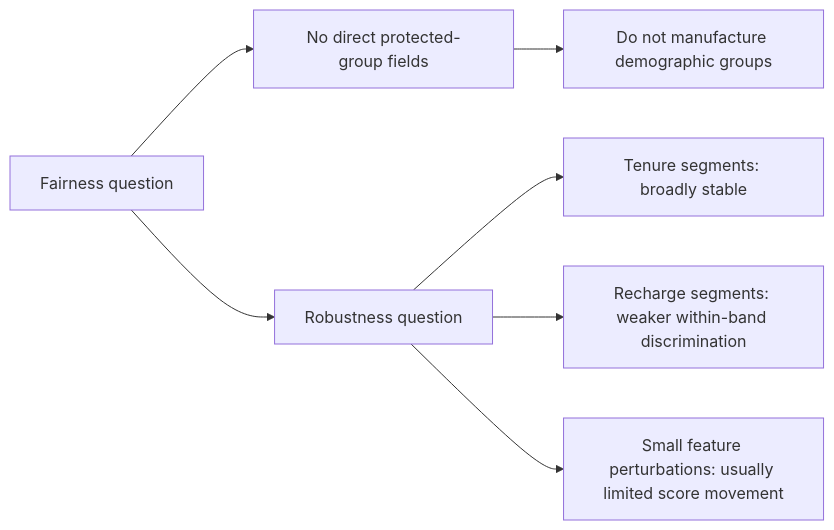
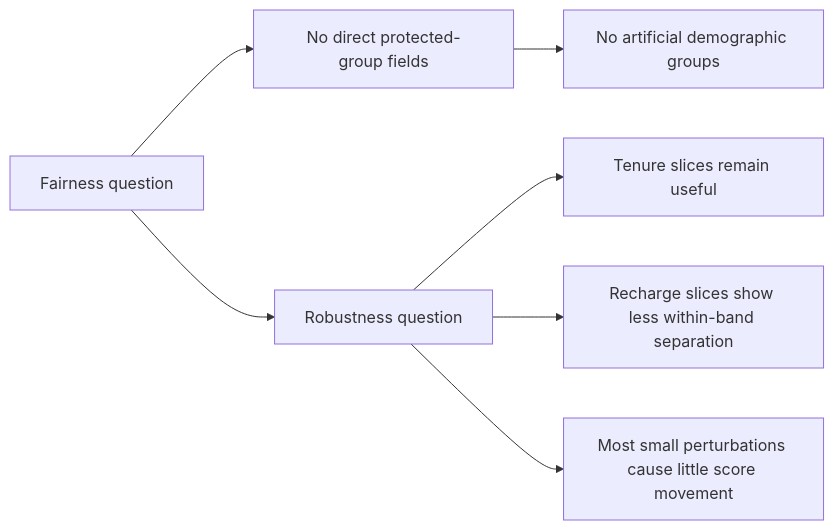
One commit to Oyd72/telecom-delinquency-capstone changed the fifth of 7 diagrams in docs/model-documentation/module4_experiment_record.md. Above: the diagram before and after it, drawn with Mermaid. The commit also changed other lines of this file, not shown here.

````diff
--- a/docs/model-documentation/module4_experiment_record.md
+++ b/docs/model-documentation/module4_experiment_record.md
@@ -781,9 +781,9 @@
 ```mermaid
 flowchart LR
     A[Fairness question] --> B[No direct protected-group fields]
-    B --> C[Do not manufacture demographic groups]
+    B --> C[No artificial demographic groups]
     A --> D[Robustness question]
-    D --> E[Tenure segments: broadly stable]
-    D --> F[Recharge segments: weaker within-band discrimination]
-    D --> G[Small feature perturbations: usually limited score movement]
+    D --> E[Tenure slices remain useful]
+    D --> F[Recharge slices show less within-band separation]
+    D --> G[Most small perturbations cause little score movement]
 ```
````
